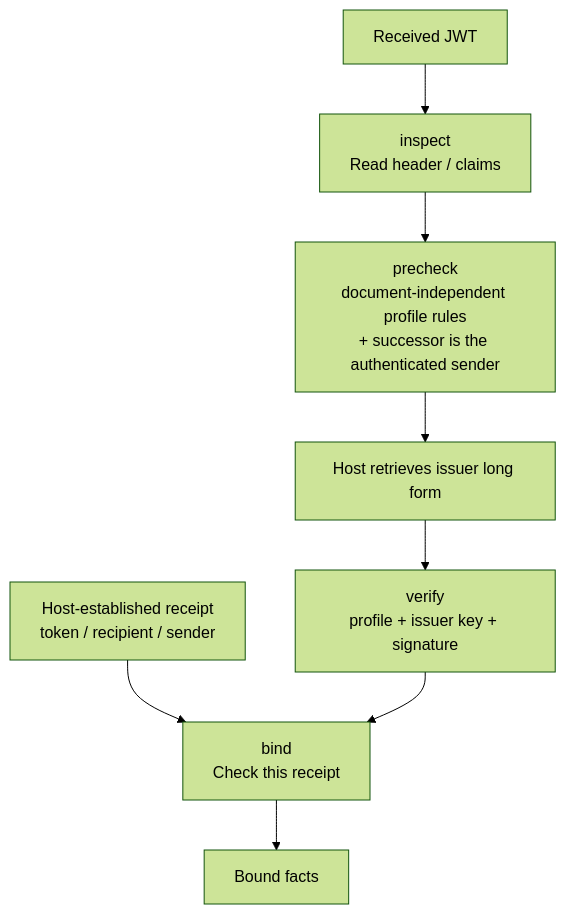
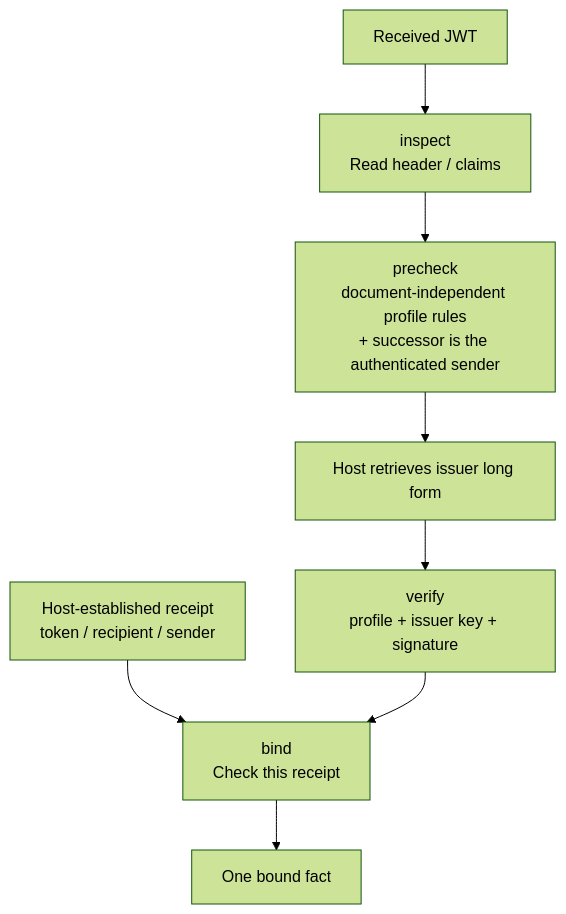
Diagram 15 of 18 in packages/continuity/docs/guide.md (estoc-dev/estoc), drawn with Mermaid (forest theme) before and after one commit. The commit also changed other lines of this file and 32 other files, not shown here.

````diff
--- a/packages/continuity/docs/guide.md
+++ b/packages/continuity/docs/guide.md
@@ -496,10 +485,10 @@
 ```mermaid
 flowchart TB
     JWT["Received JWT"] --> I["inspect<br/>Read header / claims"]
     I --> P["precheck<br/>document-independent profile rules<br/>+ successor is the authenticated sender"]
     P --> D["Host retrieves issuer long form"]
     D --> V["verify<br/>profile + issuer key + signature"]
     R["Host-established receipt<br/>token / recipient / sender"] --> B["bind<br/>Check this receipt"]
     V --> B
-    B --> F["Bound facts"]
+    B --> F["One bound fact"]
 ```
````
